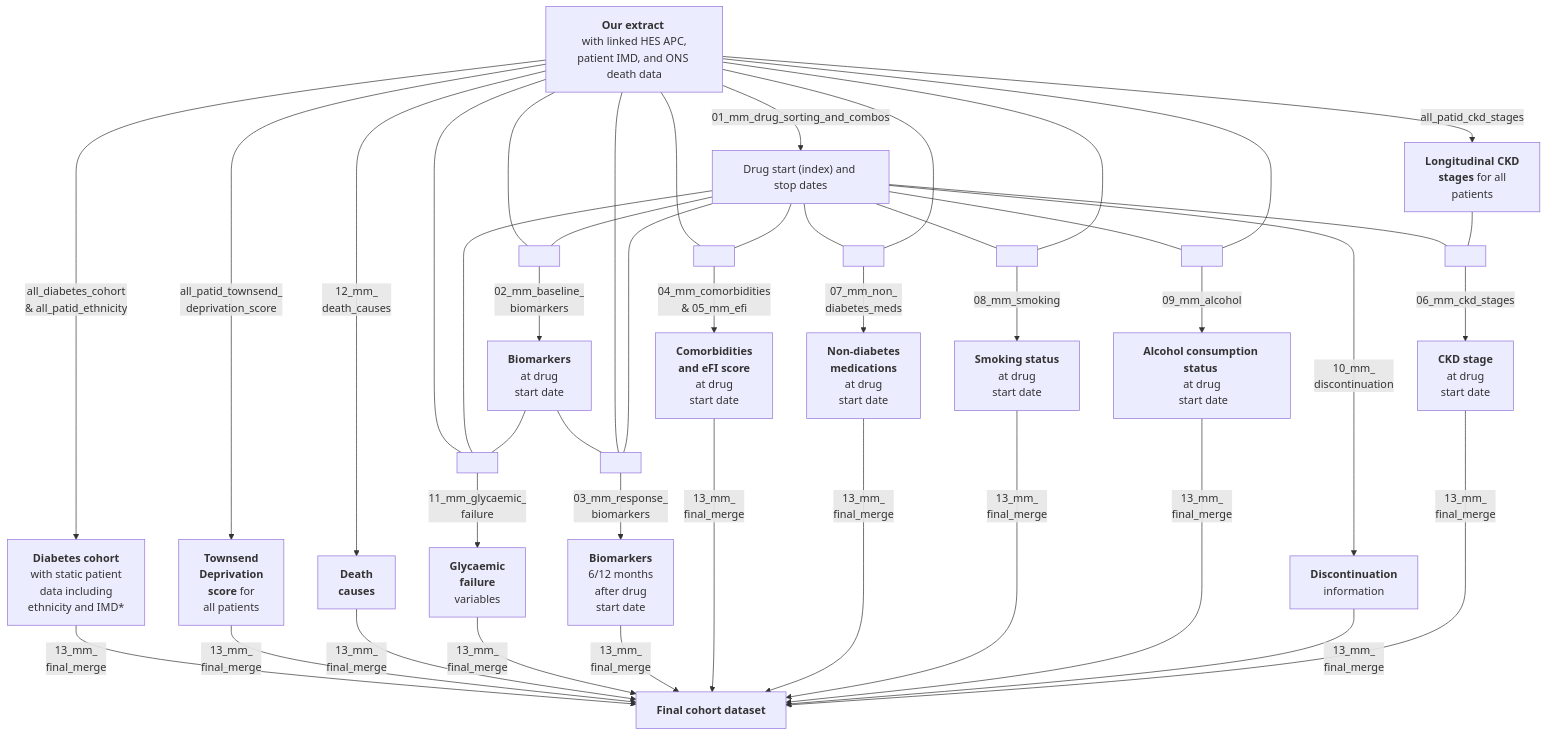
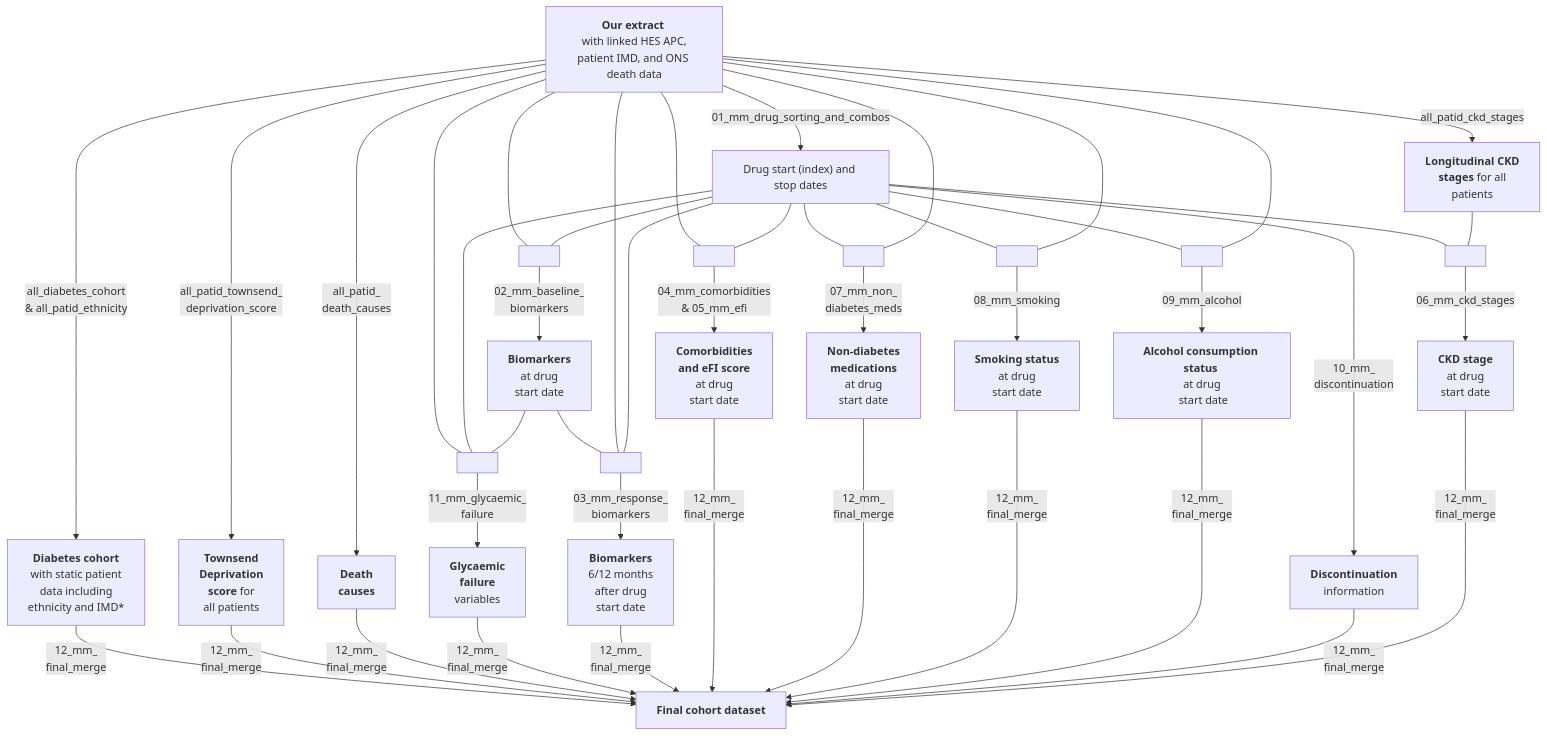
One commit to Exeter-Diabetes/CPRD-Cohort-scripts changed the diagram in 03-Treatment-response-(MASTERMIND)/README.md. Above: the diagram before and after it, drawn with Mermaid. The commit also changed other lines of this file, not shown here.

````diff
--- a/03-Treatment-response-(MASTERMIND)/README.md
+++ b/03-Treatment-response-(MASTERMIND)/README.md
@@ -20,56 +20,56 @@
 ```mermaid
 graph TD;
     A["<b>Our extract</b> <br> with linked HES APC, patient IMD, and ONS death data"] --> |"all_diabetes_cohort <br> & all_patid_ethnicity"|B["<b>Diabetes cohort<br></b> with static patient <br>data including <br>ethnicity and IMD*"]
     A-->|"all_patid_townsend_<br>deprivation_score"|N["<b>Townsend<br> Deprivation<br>score</b> for<br> all patients"]
-    A-->|"12_mm_<br>death_causes"|O["<b>Death<br>causes</b>"]
+    A-->|"all_patid_<br>death_causes"|O["<b>Death<br>causes</b>"]
     A-->|"01_mm_drug_sorting_and_combos"|H["Drug start (index) and stop dates"]
 
     A---P[ ]:::empty
     H---P
     E---P
     P-->|"11_mm_glycaemic_<br>failure"|Q["<b>Glycaemic<br>failure</b><br>variables"]
 
     A---Y[ ]:::empty
     H---Y
     Y-->|"02_mm_baseline_<br>biomarkers"|E["<b>Biomarkers</b> <br> at drug <br> start date"]
 
     E---T[ ]:::empty
     A---T
     H---T
     T-->|"03_mm_response_<br>biomarkers"|L["<b>Biomarkers</b> <br> 6/12 months <br> after drug <br>start date"]
     
     A---W[ ]:::empty
     H---W
     W-->|"04_mm_comorbidities<br>& 05_mm_efi"|F["<b>Comorbidities<br>and eFI score</b> <br> at drug <br> start date"]
     
     H---U[ ]:::empty
     A---U
     U-->|"07_mm_non_<br>diabetes_meds"|M["<b>Non-diabetes <br>medications</b> <br> at drug <br> start date"]
     
     H---X[ ]:::empty
     A---X
     X-->|"08_mm_smoking"|G["<b>Smoking status</b> <br> at drug <br> start date"]
     
     H-->|"10_mm_<br>discontinuation"|V["<b>Discontinuation</b><br> information"]
 
     H---R[ ]:::empty
     A---R
     R-->|"09_mm_alcohol"|D["<b>Alcohol consumption status</b> <br> at drug <br> start date"]
  
     A-->|"all_patid_ckd_stages"|C["<b>Longitudinal CKD <br> stages</b> for all <br> patients"]
     H---Z[ ]:::empty
     C---Z
     Z-->|"06_mm_ckd_stages"|I["<b>CKD stage </b> <br> at drug <br> start date"]
 
-    B-->|"13_mm_<br>final_merge"|J["<b>Final cohort dataset</b>"]
-    N-->|"13_mm_<br>final_merge"|J
-    O-->|"13_mm_<br>final_merge"|J
-    Q-->|"13_mm_<br>final_merge"|J
-    L-->|"13_mm_<br>final_merge"|J
-    F-->|"13_mm_<br>final_merge"|J
-    M-->|"13_mm_<br>final_merge"|J  
-    G-->|"13_mm_<br>final_merge"|J
-    D-->|"13_mm_<br>final_merge"|J
-    V-->|"13_mm_<br>final_merge"|J
-    I-->|"13_mm_<br>final_merge"|J  
+    B-->|"12_mm_<br>final_merge"|J["<b>Final cohort dataset</b>"]
+    N-->|"12_mm_<br>final_merge"|J
+    O-->|"12_mm_<br>final_merge"|J
+    Q-->|"12_mm_<br>final_merge"|J
+    L-->|"12_mm_<br>final_merge"|J
+    F-->|"12_mm_<br>final_merge"|J
+    M-->|"12_mm_<br>final_merge"|J  
+    G-->|"12_mm_<br>final_merge"|J
+    D-->|"12_mm_<br>final_merge"|J
+    V-->|"12_mm_<br>final_merge"|J
+    I-->|"12_mm_<br>final_merge"|J  
 ```
````
